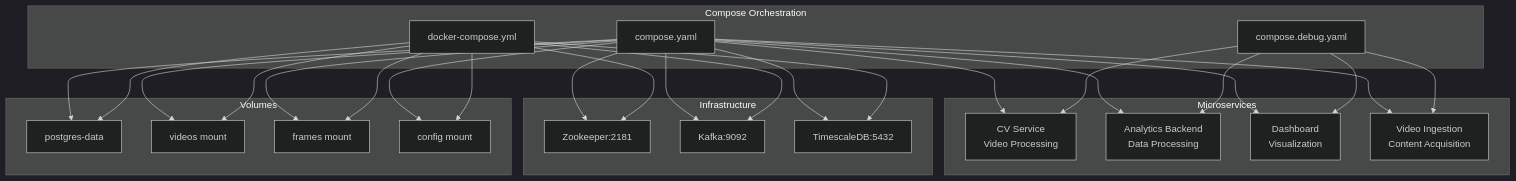
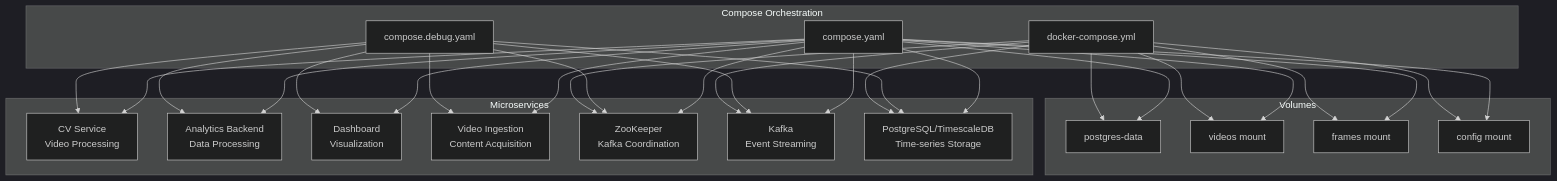
The first of 3 diagrams in .qoder/repowiki/en/content/Deployment Guide.md (Azzoz-189/construction-equipment-monitoring), drawn with Mermaid (dark theme) before and after one commit. The commit also changed other lines of this file and 5 other files, not shown here.

````diff
--- a/.qoder/repowiki/en/content/Deployment Guide.md
+++ b/.qoder/repowiki/en/content/Deployment Guide.md
@@ -65,47 +52,48 @@
 ```mermaid
 graph TB
 subgraph "Compose Orchestration"
 CY["compose.yaml"]
 CD["compose.debug.yaml"]
 DC["docker-compose.yml"]
 end
 subgraph "Microservices"
 CV["CV Service<br/>Video Processing"]
 AB["Analytics Backend<br/>Data Processing"]
 DB["Dashboard<br/>Visualization"]
 VI["Video Ingestion<br/>Content Acquisition"]
-end
-subgraph "Infrastructure"
-ZK["Zookeeper:2181"]
-KF["Kafka:9092"]
-PG["TimescaleDB:5432"]
+ZK["ZooKeeper<br/>Kafka Coordination"]
+KF["Kafka<br/>Event Streaming"]
+PG["PostgreSQL/TimescaleDB<br/>Time-series Storage"]
 end
 subgraph "Volumes"
 V1["postgres-data"]
 V2["videos mount"]
 V3["frames mount"]
 V4["config mount"]
 end
 CY --> CV
 CY --> AB
 CY --> DB
 CY --> VI
 CY --> ZK
 CY --> KF
 CY --> PG
 CY --> V1
 CY --> V2
 CY --> V3
 CY --> V4
 CD --> CV
 CD --> AB
 CD --> DB
 CD --> VI
+CD --> ZK
+CD --> KF
+CD --> PG
 DC --> ZK
 DC --> KF
 DC --> PG
 DC --> V1
 DC --> V2
 DC --> V3
 DC --> V4
 ```
````
